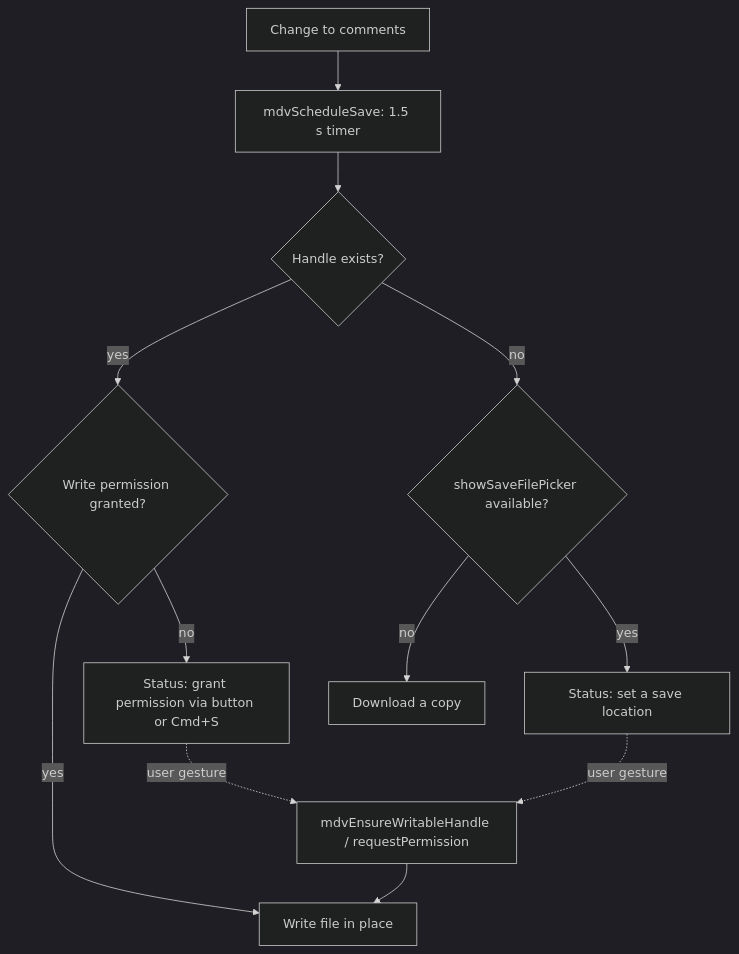
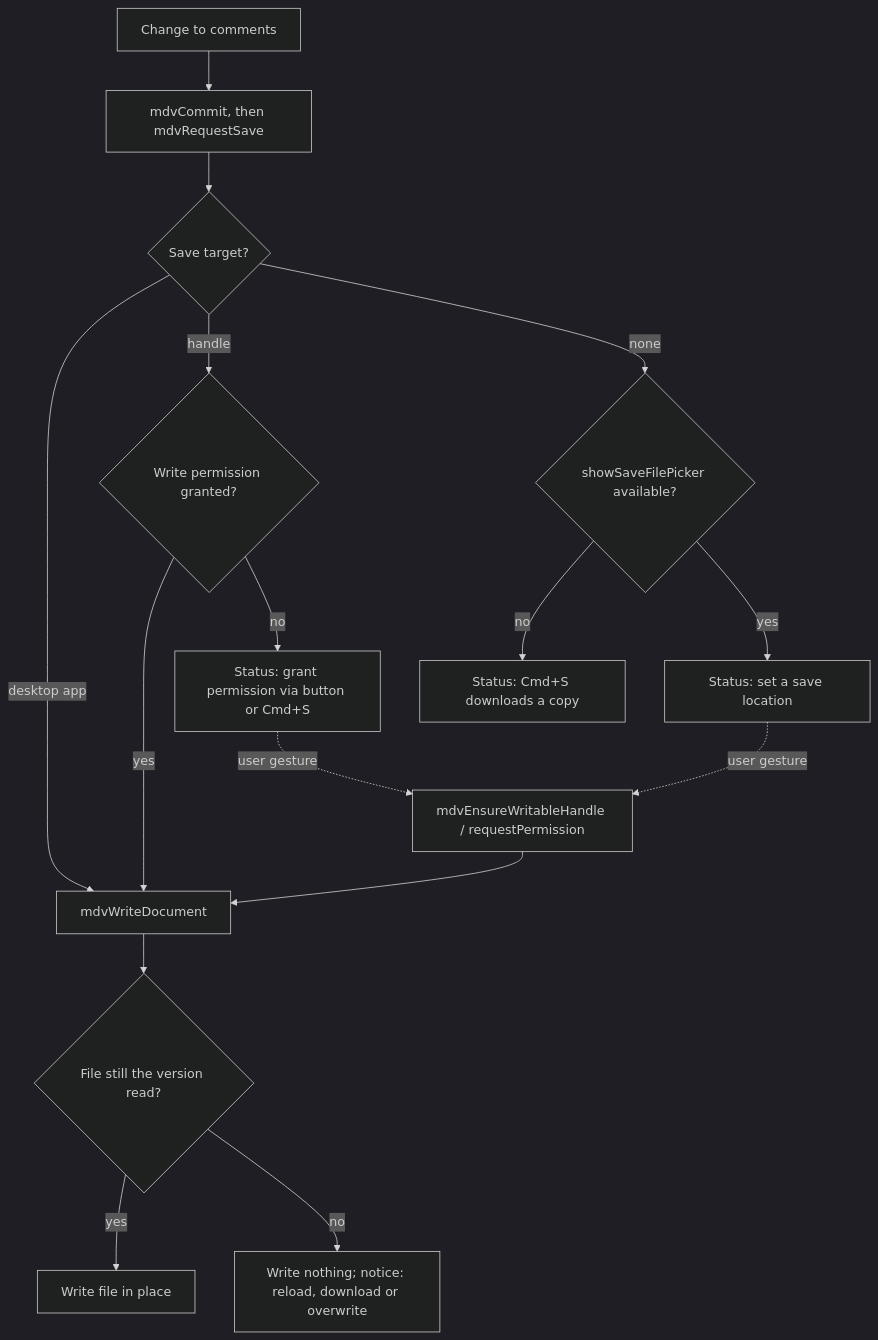
One commit to vikrantb/kites-markdown changed the diagram in docs/lessons-learned.md. Above: the diagram before and after it, drawn with Mermaid (dark theme). The commit also changed other lines of this file and 20 other files, not shown here.

First line of the commit message:
fix(comments): comments save safely and never overwrite a file changed elsewhere (#6)

````diff
--- a/docs/lessons-learned.md
+++ b/docs/lessons-learned.md
@@ -260,14 +264,18 @@
 ```mermaid
 flowchart TD
-  A[Change to comments] --> B[mdvScheduleSave: 1.5 s timer]
-  B --> C{Handle exists?}
-  C -- yes --> D{Write permission granted?}
-  D -- yes --> E[Write file in place]
+  A[Change to comments] --> B[mdvCommit, then mdvRequestSave]
+  B --> C{Save target?}
+  C -- desktop app --> W[mdvWriteDocument]
+  C -- handle --> D{Write permission granted?}
+  D -- yes --> W
   D -- no --> F[Status: grant permission via button or Cmd+S]
-  C -- no --> G{showSaveFilePicker available?}
-  G -- no --> H[Download a copy]
+  C -- none --> G{showSaveFilePicker available?}
+  G -- no --> H[Status: Cmd+S downloads a copy]
   G -- yes --> I[Status: set a save location]
   F -. user gesture .-> J[mdvEnsureWritableHandle / requestPermission]
   I -. user gesture .-> J
-  J --> E
+  J --> W
+  W --> K{File still the version read?}
+  K -- yes --> E[Write file in place]
+  K -- no --> N[Write nothing; notice: reload, download or overwrite]
 ```
````
